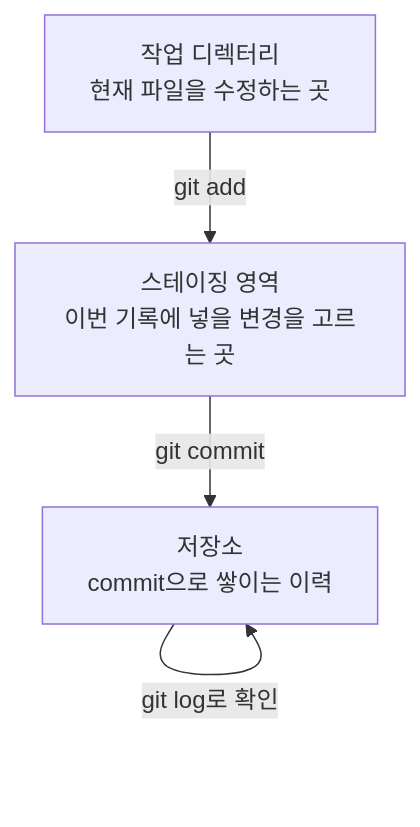
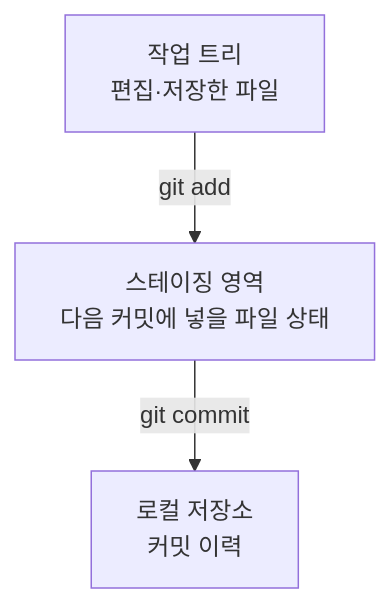
Before and after one commit to devchan64/AiBook: the diagram in docs/assets/part-02/chapter-14/git-three-areas-flow-ko.mmd, drawn with Mermaid. The commit also changed 16 other files, not shown here.

```diff
--- a/docs/assets/part-02/chapter-14/git-three-areas-flow-ko.mmd
+++ b/docs/assets/part-02/chapter-14/git-three-areas-flow-ko.mmd
@@ -1,8 +1,7 @@
 flowchart TD
-  A["작업 디렉터리<br/>현재 파일을 수정하는 곳"]
-  B["스테이징 영역<br/>이번 기록에 넣을 변경을 고르는 곳"]
-  C["저장소<br/>commit으로 쌓이는 이력"]
+  A["작업 트리<br/>편집·저장한 파일"]
+  B["스테이징 영역<br/>다음 커밋에 넣을 파일 상태"]
+  C["로컬 저장소<br/>커밋 이력"]
 
   A -->|"git add"| B
   B -->|"git commit"| C
-  C -->|"git log로 확인"| C
```
